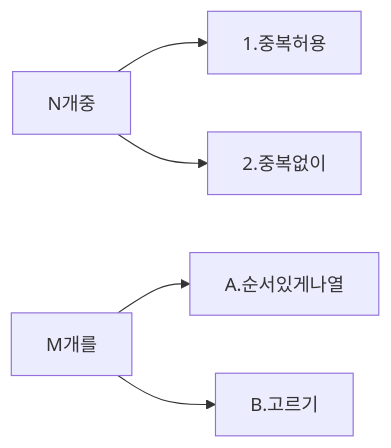
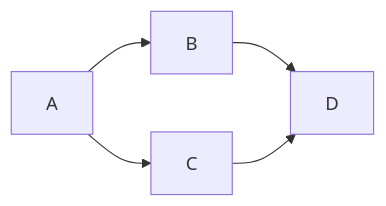
The first of 5 diagrams in _posts/study/algorithm/fastCampusCodingTestJava/2022-5-16-Brute Force.md (ysiksik/ysiksik.github.io), drawn with Mermaid before and after one commit. The commit also changed 6 other files, not shown here.

````diff
--- a/_posts/study/algorithm/fastCampusCodingTestJava/2022-5-16-Brute Force.md
+++ b/_posts/study/algorithm/fastCampusCodingTestJava/2022-5-16-Brute Force.md
@@ -35,7 +36,7 @@
-<div class="mermaid">
-graph LR
-    N개중-->1.중복허용
-    N개중-->2.중복없이
-    M개를-->A.순서있게나열
-    M개를-->B.고르기
-</div>
+```mermaid!
+graph LR;
+    A-->B;
+    A-->C;
+    B-->D;
+    C-->D;
+```
````
